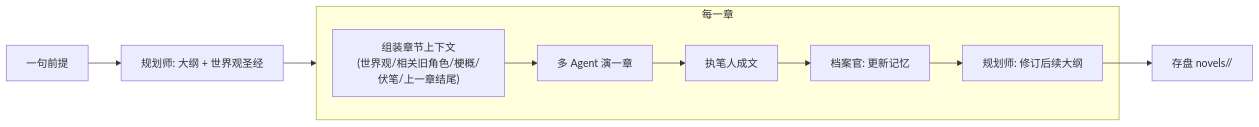
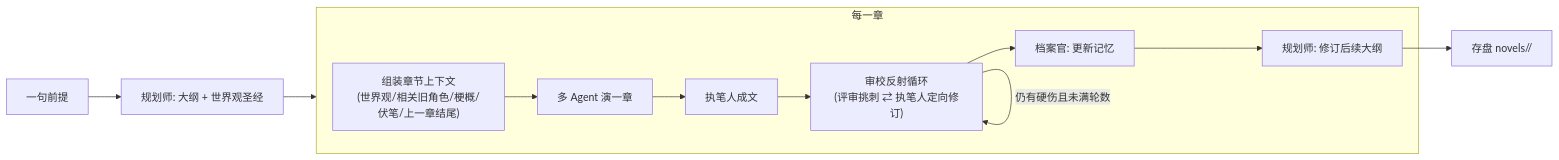
Before and after one commit to tonexue1/novelAgent: the diagram in README.md, drawn with Mermaid. The commit also changed other lines of this file and 26 other files, not shown here.

````diff
--- a/README.md
+++ b/README.md
@@ -32,12 +32,14 @@
 ```mermaid
 flowchart LR
   seed["一句前提"] --> planner["规划师: 大纲 + 世界观圣经"]
   planner --> loop["逐章循环"]
   subgraph loop [每一章]
     ctx["组装章节上下文\n(世界观/相关旧角色/梗概/伏笔/上一章结尾)"] --> play["多 Agent 演一章"]
     play --> write["执笔人成文"]
-    write --> arch["档案官: 更新记忆"]
+    write --> reflect["审校反射循环\n(评审挑刺 ⇄ 执笔人定向修订)"]
+    reflect -->|"仍有硬伤且未满轮数"| reflect
+    reflect --> arch["档案官: 更新记忆"]
     arch --> revise["规划师: 修订后续大纲"]
   end
   revise --> disk["存盘 novels/<slug>/"]
 ```
````
